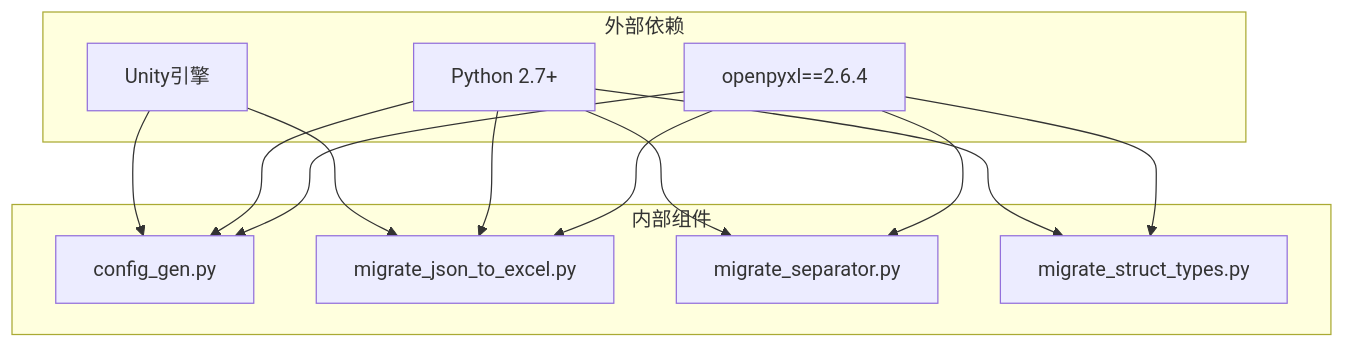
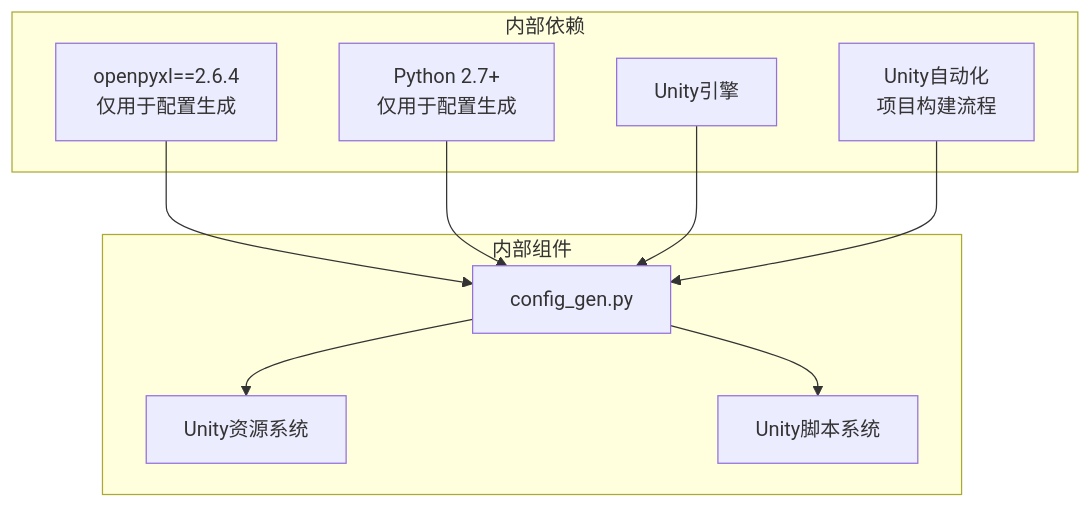
One commit to Tuusen/p1_client changed the ninth of 10 diagrams in .qoder/repowiki/zh/content/核心架构/数据生成工具.md. Above: the diagram before and after it, drawn with Mermaid. The commit also changed other lines of this file and 29 other files, not shown here.

````diff
--- a/.qoder/repowiki/zh/content/核心架构/数据生成工具.md
+++ b/.qoder/repowiki/zh/content/核心架构/数据生成工具.md
@@ -396,24 +360,20 @@
 ```mermaid
 graph TB
-subgraph "外部依赖"
-OPENPYXL[openpyxl==2.6.4]
+subgraph "内部依赖"
+OPENPYXL[openpyxl==2.6.4<br/>仅用于配置生成]
 UNITY[Unity引擎]
-PYTHON[Python 2.7+]
+PYTHON[Python 2.7+<br/>仅用于配置生成]
+END[Unity自动化<br/>项目构建流程]
 end
 subgraph "内部组件"
 CONFIG_GEN[config_gen.py]
-MIGRATE_JSON[migrate_json_to_excel.py]
-MIGRATE_SEP[migrate_separator.py]
-MIGRATE_TYPE[migrate_struct_types.py]
+ASSETS[Unity资源系统]
+SCRIPTS[Unity脚本系统]
 end
 OPENPYXL --> CONFIG_GEN
-OPENPYXL --> MIGRATE_JSON
-OPENPYXL --> MIGRATE_SEP
-OPENPYXL --> MIGRATE_TYPE
 PYTHON --> CONFIG_GEN
-PYTHON --> MIGRATE_JSON
-PYTHON --> MIGRATE_SEP
-PYTHON --> MIGRATE_TYPE
 UNITY --> CONFIG_GEN
-UNITY --> MIGRATE_JSON
+CONFIG_GEN --> ASSETS
+CONFIG_GEN --> SCRIPTS
+END --> CONFIG_GEN
 ```
````
